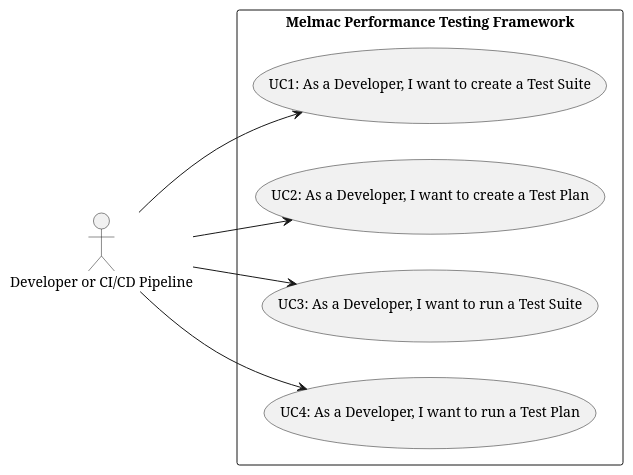
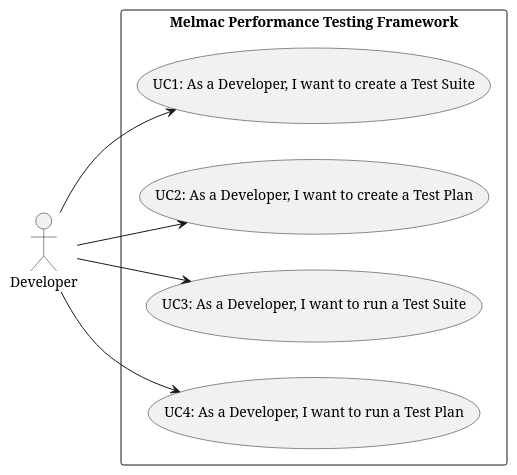
Before and after one commit to Mindera/Alfie-Melmac-Performance-Testing: the diagram in docs/global-artifacts/01.requirements-engineering/puml/use-case-diagram.puml, drawn with PlantUML. The commit also changed 3 other files, not shown here.

```diff
--- a/docs/global-artifacts/01.requirements-engineering/puml/use-case-diagram.puml
+++ b/docs/global-artifacts/01.requirements-engineering/puml/use-case-diagram.puml
@@ -1,18 +1,18 @@
 @startuml use-case-diagram
 left to right direction
 
-actor "Developer or CI/CD Pipeline" as Dev
+actor "Developer" as Dev
 
 rectangle "Melmac Performance Testing Framework" {
     usecase "UC1: As a Developer, I want to create a Test Suite" as UC1
     usecase "UC2: As a Developer, I want to create a Test Plan" as UC2
     usecase "UC3: As a Developer, I want to run a Test Suite" as UC3
     usecase "UC4: As a Developer, I want to run a Test Plan" as UC4
 }
 
 Dev --> UC1
 Dev --> UC2
 Dev --> UC3
 Dev --> UC4
 
 @enduml
```
